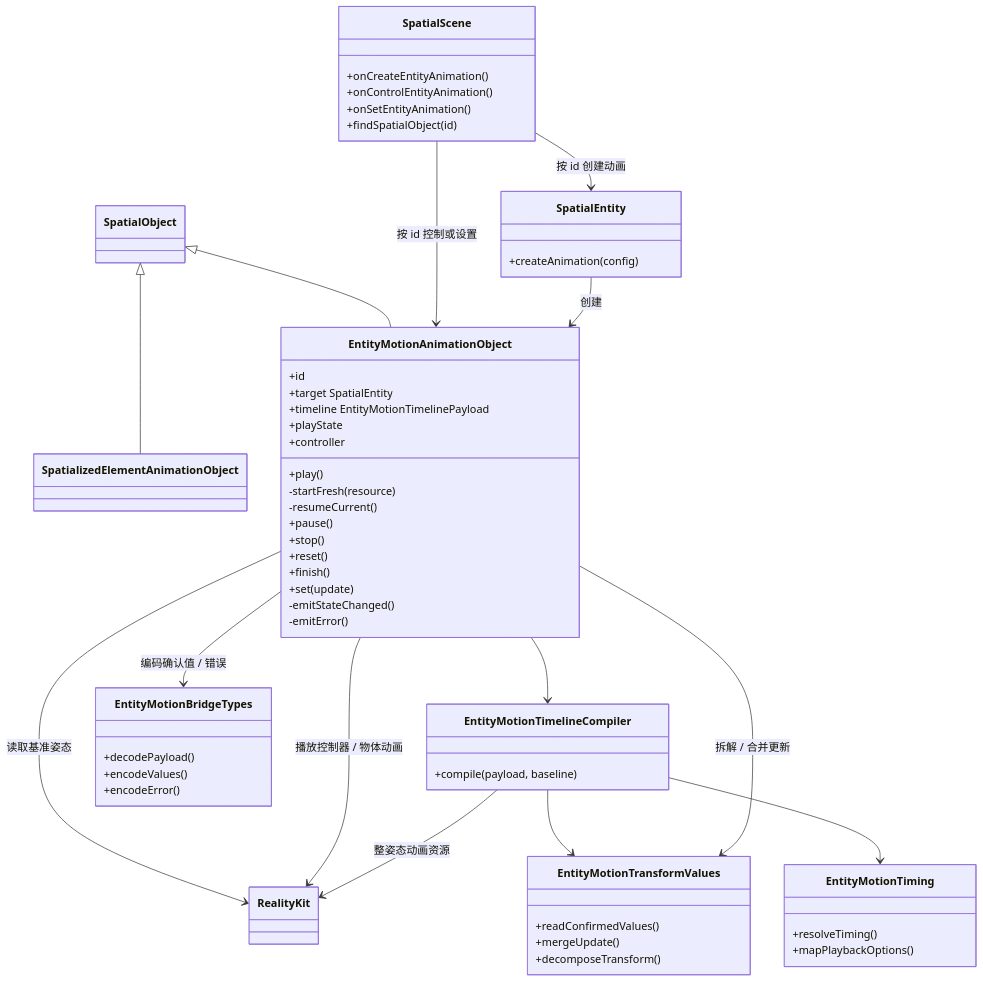
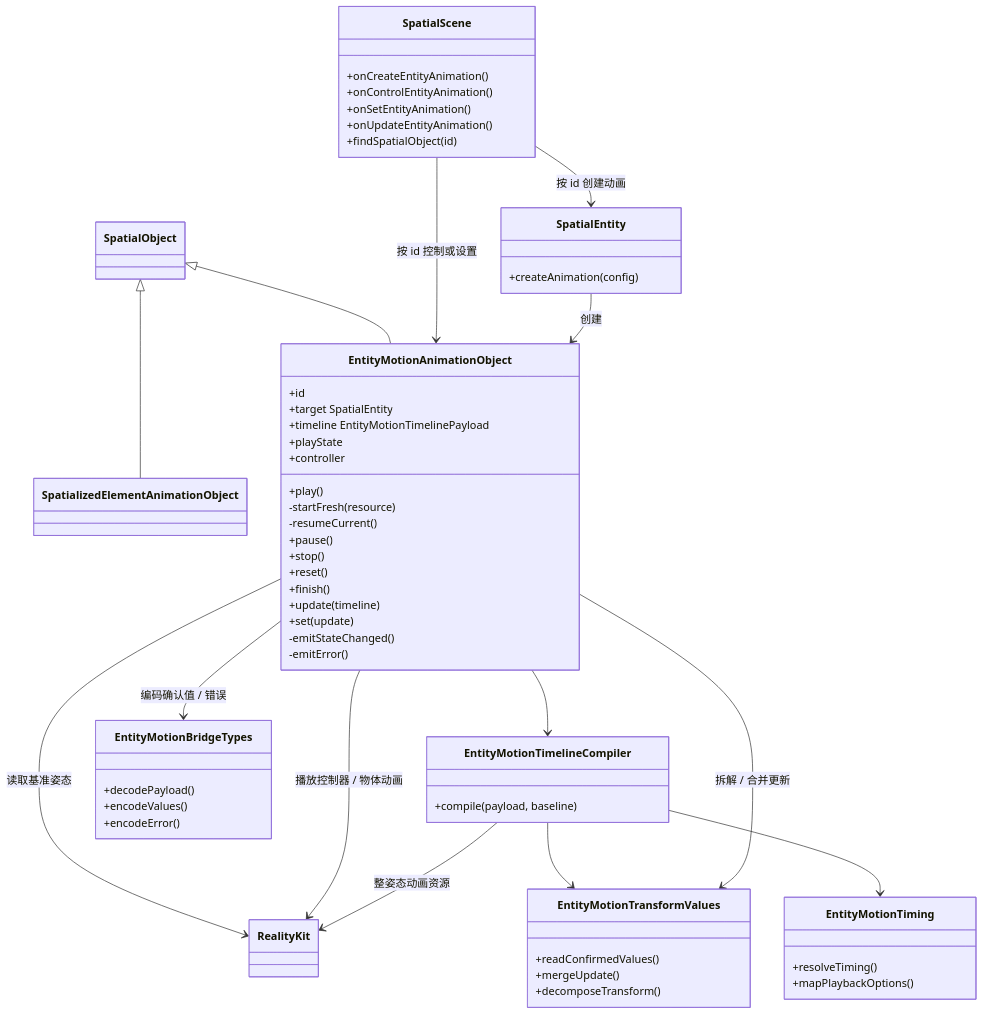
One commit to webspatial/webspatial-sdk changed the seventh of 14 diagrams in openspec/changes/redesign-entity-motion-api/design.zh.md. Above: the diagram before and after it, drawn with Mermaid. The commit also changed other lines of this file and 7 other files, not shown here.

````diff
--- a/openspec/changes/redesign-entity-motion-api/design.zh.md
+++ b/openspec/changes/redesign-entity-motion-api/design.zh.md
@@ -886,63 +923,65 @@
 ```mermaid
 classDiagram
     class SpatialObject
     class SpatializedElementAnimationObject
     class SpatialScene {
         +onCreateEntityAnimation()
         +onControlEntityAnimation()
         +onSetEntityAnimation()
+        +onUpdateEntityAnimation()
         +findSpatialObject(id)
     }
     class SpatialEntity {
         +createAnimation(config)
     }
     class EntityMotionAnimationObject {
         +id
         +target SpatialEntity
         +timeline EntityMotionTimelinePayload
         +playState
         +controller
         +play()
         -startFresh(resource)
         -resumeCurrent()
         +pause()
         +stop()
         +reset()
         +finish()
+        +update(timeline)
         +set(update)
         -emitStateChanged()
         -emitError()
     }
     class EntityMotionTimelineCompiler {
         +compile(payload, baseline)
     }
     class EntityMotionBridgeTypes {
         +decodePayload()
         +encodeValues()
         +encodeError()
     }
     class EntityMotionTiming {
         +resolveTiming()
         +mapPlaybackOptions()
     }
     class EntityMotionTransformValues {
         +readConfirmedValues()
         +mergeUpdate()
         +decomposeTransform()
     }
     class RealityKit
 
     SpatialObject <|-- SpatializedElementAnimationObject
     SpatialObject <|-- EntityMotionAnimationObject
     SpatialScene --> SpatialEntity : 按 id 创建动画
     SpatialScene --> EntityMotionAnimationObject : 按 id 控制或设置
     SpatialEntity --> EntityMotionAnimationObject : 创建
     EntityMotionAnimationObject --> EntityMotionTimelineCompiler
     EntityMotionTimelineCompiler --> EntityMotionTiming
     EntityMotionTimelineCompiler --> EntityMotionTransformValues
     EntityMotionAnimationObject --> RealityKit : 读取基准姿态
     EntityMotionAnimationObject --> EntityMotionTransformValues : 拆解 / 合并更新
     EntityMotionAnimationObject --> EntityMotionBridgeTypes : 编码确认值 / 错误
     EntityMotionAnimationObject --> RealityKit : 播放控制器 / 物体动画
     EntityMotionTimelineCompiler --> RealityKit : 整姿态动画资源
 ```
````
